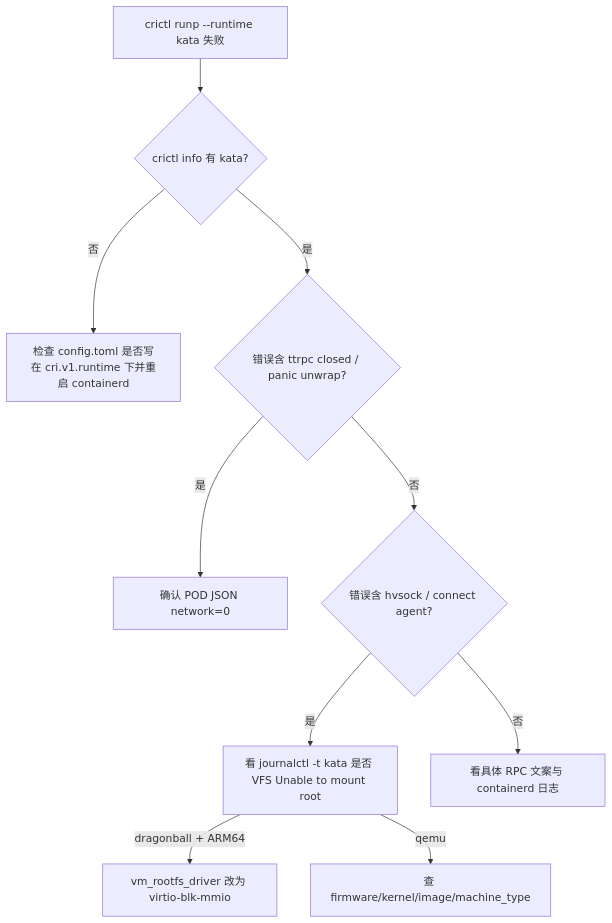
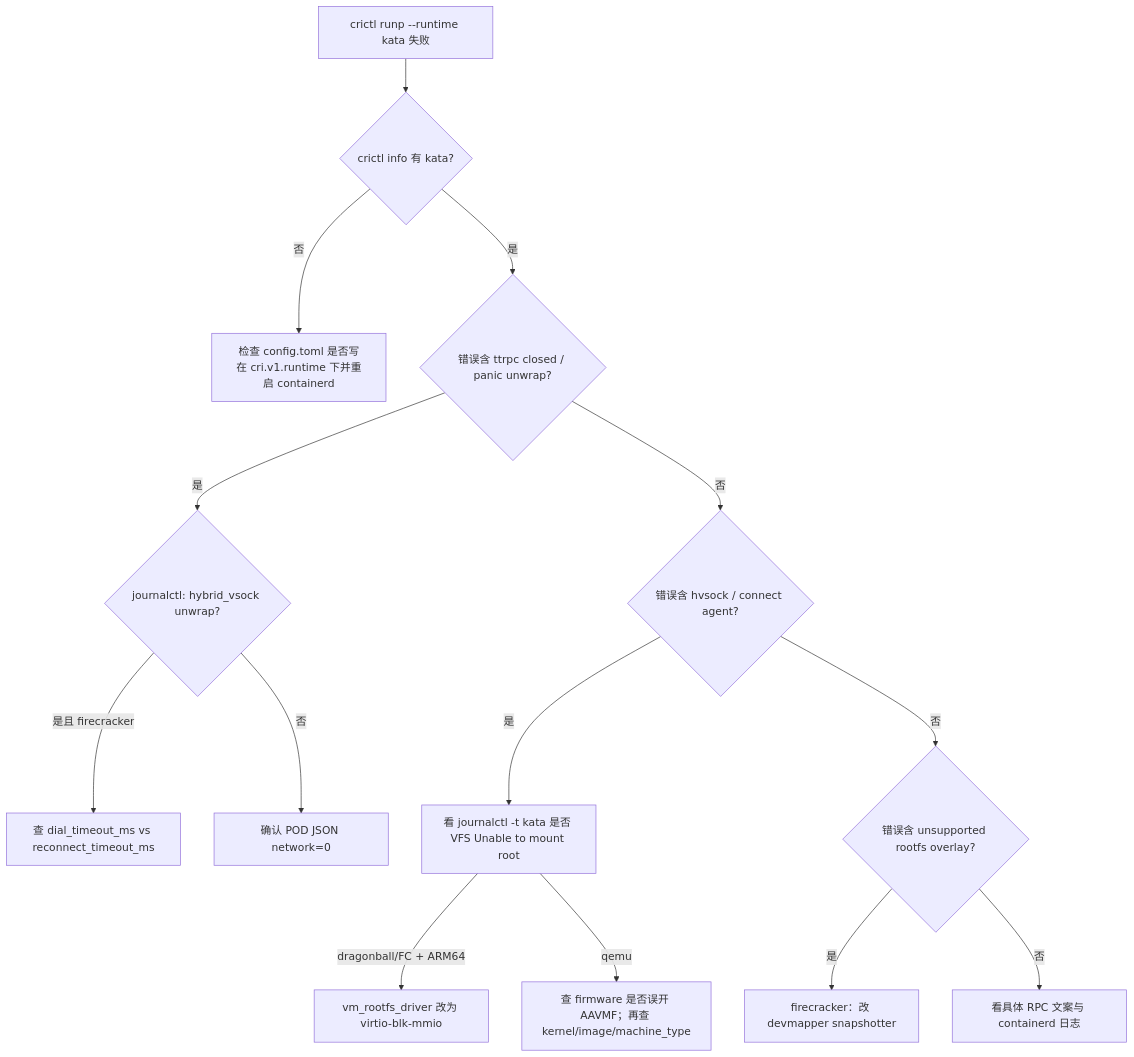
One commit to tremblingHands/test_sandbox changed the diagram in doc/kata-containers-setup-and-startup-analysis.md. Above: the diagram before and after it, drawn with Mermaid. The commit also changed other lines of this file and 1 other file, not shown here.

````diff
--- a/doc/kata-containers-setup-and-startup-analysis.md
+++ b/doc/kata-containers-setup-and-startup-analysis.md
@@ -287,12 +545,16 @@
 ```mermaid
 flowchart TD
   A[crictl runp --runtime kata 失败] --> B{crictl info 有 kata?}
   B -->|否| C[检查 config.toml 是否写在 cri.v1.runtime 下并重启 containerd]
   B -->|是| D{错误含 ttrpc closed / panic unwrap?}
-  D -->|是| E[确认 POD JSON network=0]
+  D -->|是| E{journalctl: hybrid_vsock unwrap?}
+  E -->|是且 firecracker| E2[查 dial_timeout_ms vs reconnect_timeout_ms]
+  E -->|否| E3[确认 POD JSON network=0]
   D -->|否| F{错误含 hvsock / connect agent?}
   F -->|是| G[看 journalctl -t kata 是否 VFS Unable to mount root]
-  G -->|dragonball + ARM64| H[vm_rootfs_driver 改为 virtio-blk-mmio]
-  G -->|qemu| I[查 firmware/kernel/image/machine_type]
-  F -->|否| J[看具体 RPC 文案与 containerd 日志]
+  G -->|dragonball/FC + ARM64| H[vm_rootfs_driver 改为 virtio-blk-mmio]
+  G -->|qemu| I[查 firmware 是否误开 AAVMF；再查 kernel/image/machine_type]
+  F -->|否| J{错误含 unsupported rootfs overlay?}
+  J -->|是| K[firecracker：改 devmapper snapshotter]
+  J -->|否| L[看具体 RPC 文案与 containerd 日志]
 ```
````
